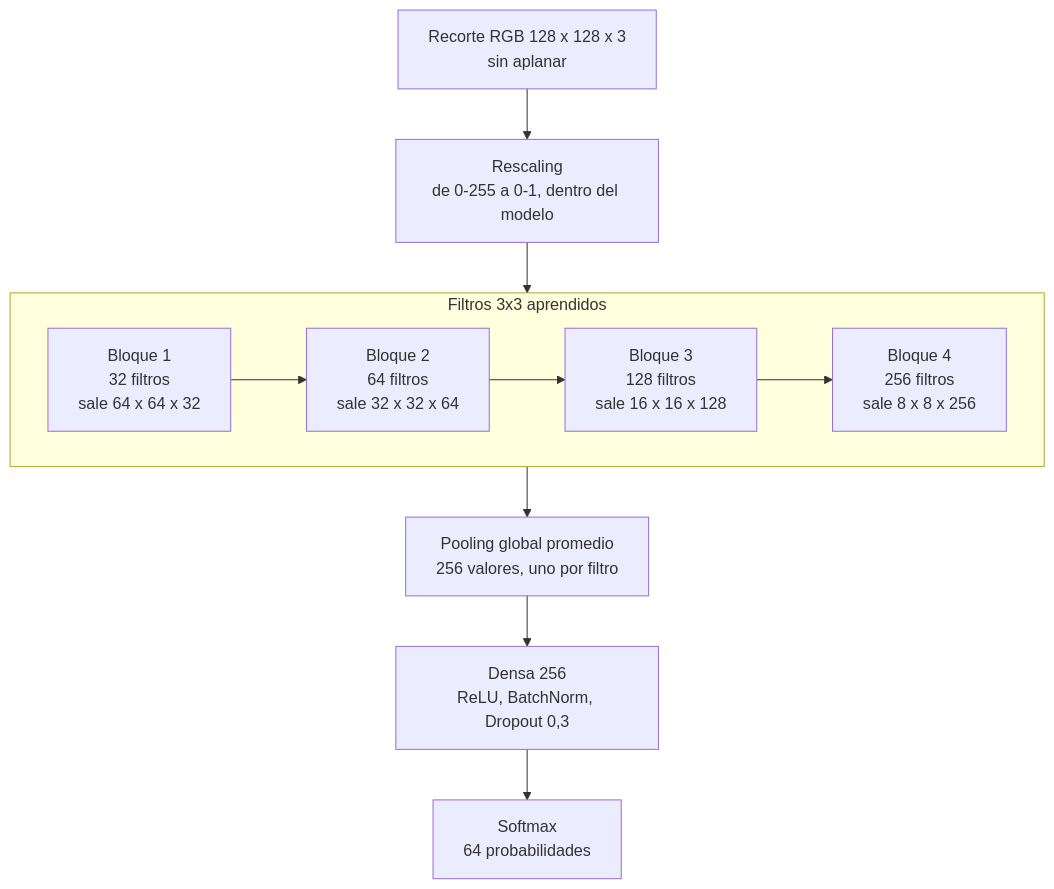
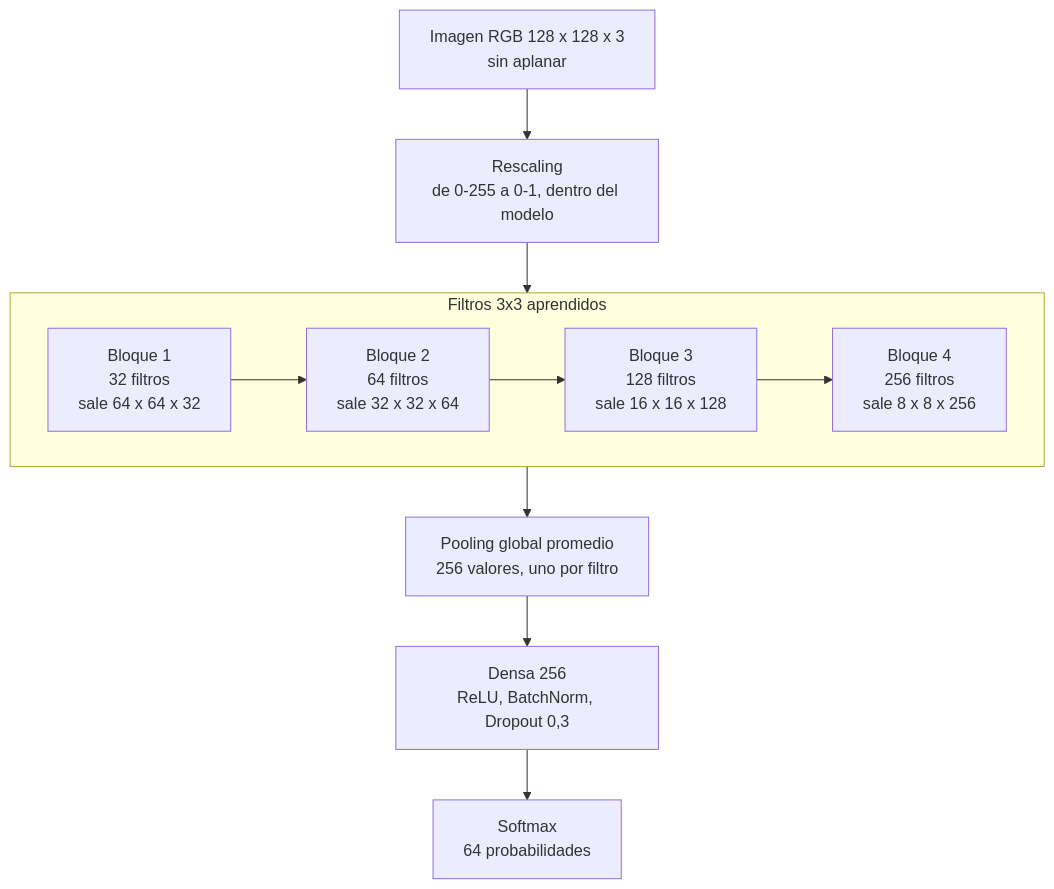
Before and after one commit to ByFlopp/LosSimpsons_DeepLearning: the fourth of 5 diagrams in README.md, drawn with Mermaid. The commit also changed other lines of this file and 225 other files, not shown here.

````diff
--- a/README.md
+++ b/README.md
@@ -87,14 +102,14 @@
 ```mermaid
 flowchart TB
-    A["Recorte RGB 128 x 128 x 3<br/>sin aplanar"] --> R["Rescaling<br/>de 0-255 a 0-1, dentro del modelo"]
+    A["Imagen RGB 128 x 128 x 3<br/>sin aplanar"] --> R["Rescaling<br/>de 0-255 a 0-1, dentro del modelo"]
     subgraph EXT["Filtros 3x3 aprendidos"]
         direction LR
         B1["Bloque 1<br/>32 filtros<br/>sale 64 x 64 x 32"] --> B2["Bloque 2<br/>64 filtros<br/>sale 32 x 32 x 64"]
         B2 --> B3["Bloque 3<br/>128 filtros<br/>sale 16 x 16 x 128"]
         B3 --> B4["Bloque 4<br/>256 filtros<br/>sale 8 x 8 x 256"]
     end
     R --> EXT
     EXT --> G["Pooling global promedio<br/>256 valores, uno por filtro"]
     G --> H["Densa 256<br/>ReLU, BatchNorm, Dropout 0,3"]
     H --> O["Softmax<br/>64 probabilidades"]
 ```
````
